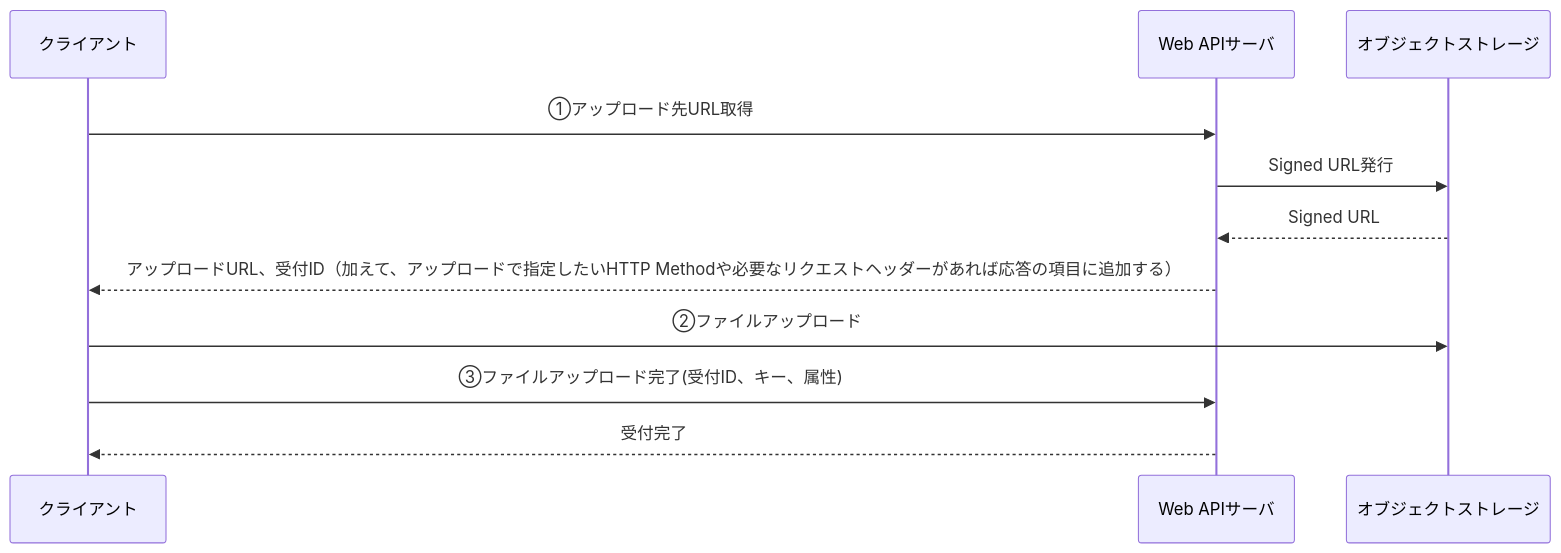
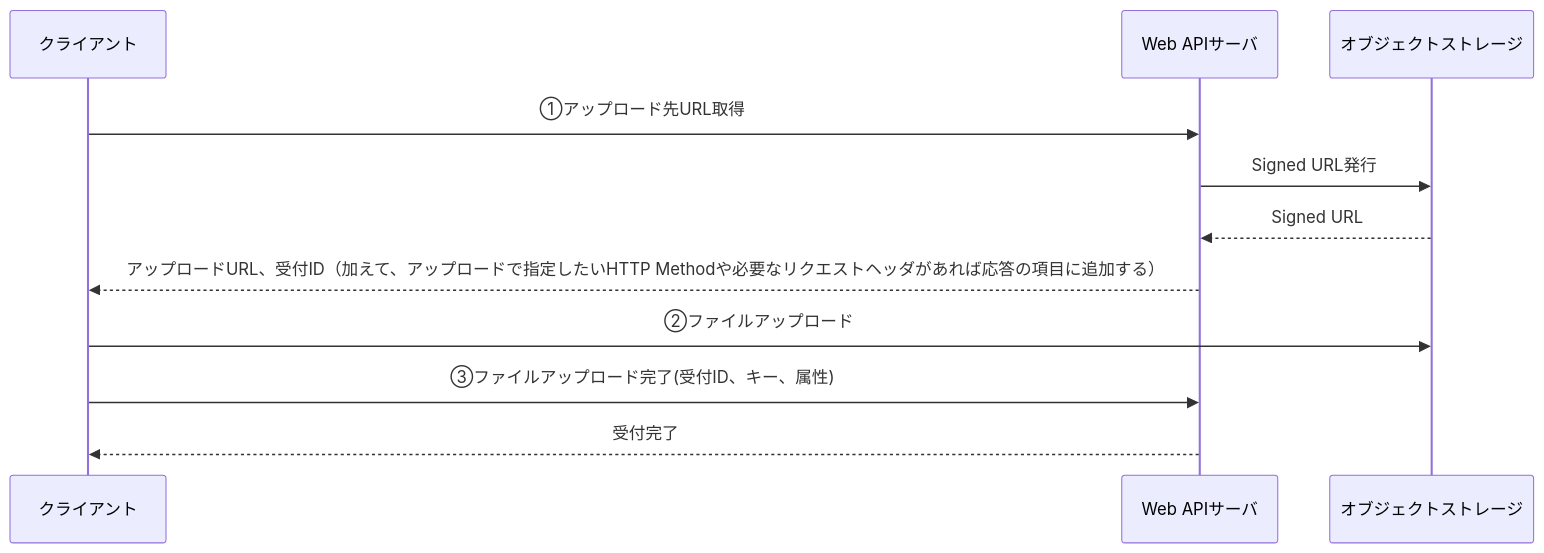
The diagram in documents/forOpenAPISpecification/OpenAPI_Specification_3.0.3.md (future-architect/coding-standards), drawn with Mermaid before and after one commit. The commit also changed other lines of this file and 1 other file, not shown here.

````diff
--- a/documents/forOpenAPISpecification/OpenAPI_Specification_3.0.3.md
+++ b/documents/forOpenAPISpecification/OpenAPI_Specification_3.0.3.md
@@ -849,16 +981,16 @@
 ```mermaid
 sequenceDiagram
 participant A as クライアント
 participant B as Web APIサーバ
 participant C as オブジェクトストレージ
 
 A->>B: ①アップロード先URL取得
   B->>C: Signed URL発行
   C-->>B: Signed URL
-  B-->>A: アップロードURL、受付ID（加えて、アップロードで指定したいHTTP Methodや必要なリクエストヘッダーがあれば応答の項目に追加する）
+  B-->>A: アップロードURL、受付ID（加えて、アップロードで指定したいHTTP Methodや必要なリクエストヘッダがあれば応答の項目に追加する）
 
 A->>C: ②ファイルアップロード
 
 A->>B: ③ファイルアップロード完了(受付ID、キー、属性)
   B-->>A: 受付完了
 ```
````
